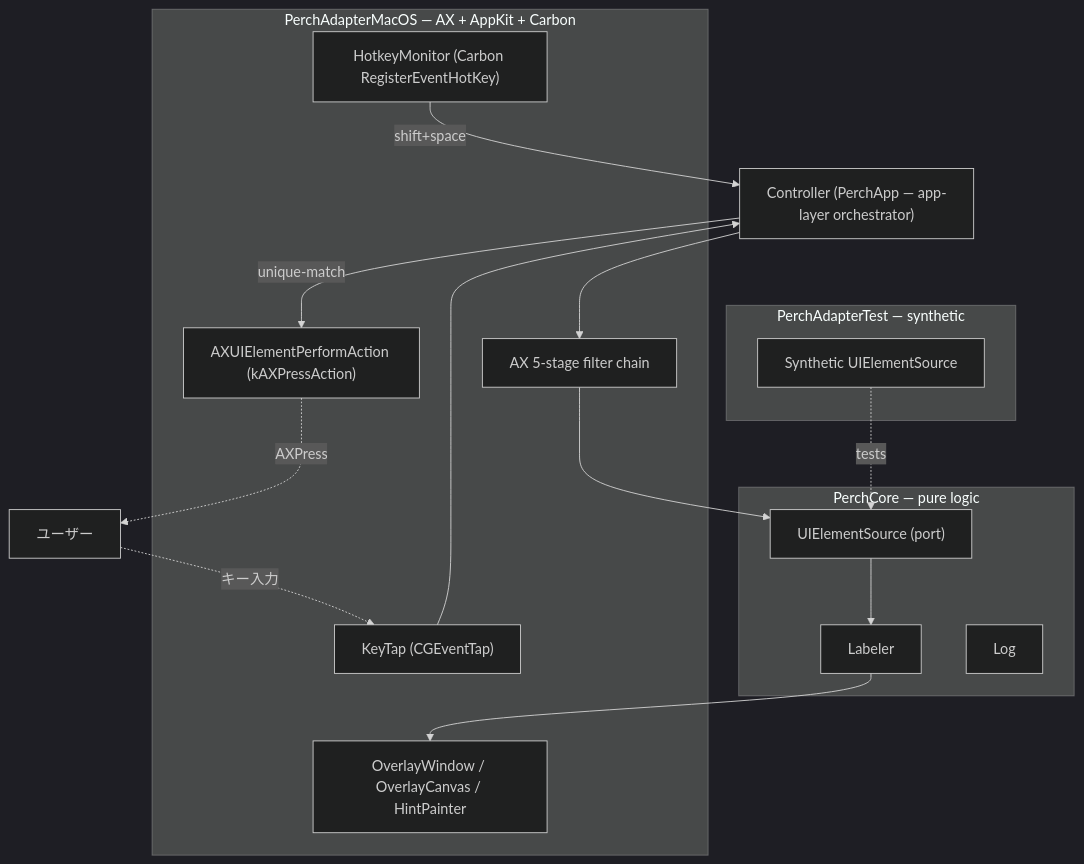
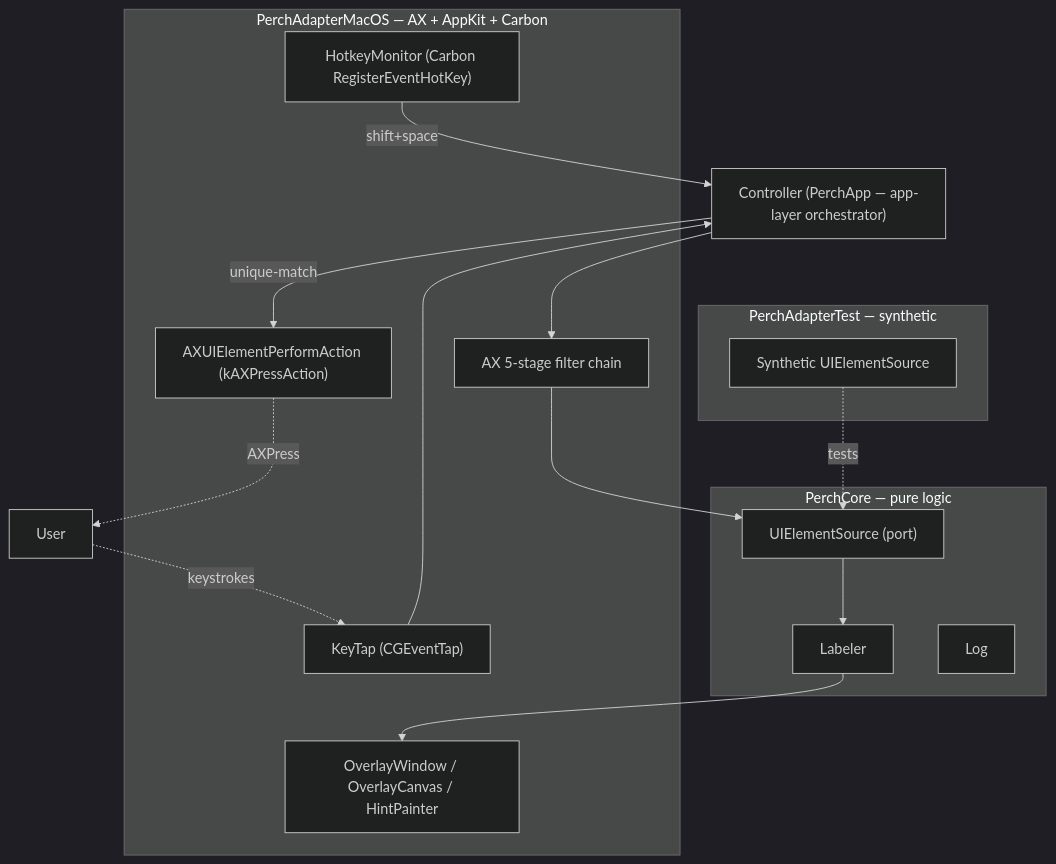
The diagram in docs/glossary.md (akira-toriyama/perch), drawn with Mermaid (dark theme) before and after one commit. The commit also changed other lines of this file and 7 other files, not shown here.

````diff
--- a/docs/glossary.md
+++ b/docs/glossary.md
@@ -33,30 +35,30 @@
 ```mermaid
 flowchart TB
   subgraph CORE["PerchCore — pure logic"]
     SOURCE["UIElementSource (port)"]
     LABELER["Labeler"]
     LOG["Log"]
   end
   subgraph ADAPTER["PerchAdapterMacOS — AX + AppKit + Carbon"]
     AXENUM["AX 5-stage filter chain"]
     HOTKEY["HotkeyMonitor (Carbon RegisterEventHotKey)"]
     KEYTAP["KeyTap (CGEventTap)"]
     OVERLAY["OverlayWindow / OverlayCanvas / HintPainter"]
     PRESS["AXUIElementPerformAction (kAXPressAction)"]
   end
   subgraph TEST["PerchAdapterTest — synthetic"]
     SYNTH["Synthetic UIElementSource"]
   end
-  USER["ユーザー"]
+  USER["User"]
   CTRL["Controller (PerchApp — app-layer orchestrator)"]
   HOTKEY -->|shift+space| CTRL
   CTRL --> AXENUM
   AXENUM --> SOURCE
   SOURCE --> LABELER
   LABELER --> OVERLAY
-  USER -.キー入力.-> KEYTAP
+  USER -.keystrokes.-> KEYTAP
   KEYTAP --> CTRL
   CTRL -->|unique-match| PRESS
   PRESS -.AXPress.-> USER
   SYNTH -.tests.-> SOURCE
 ```
````
